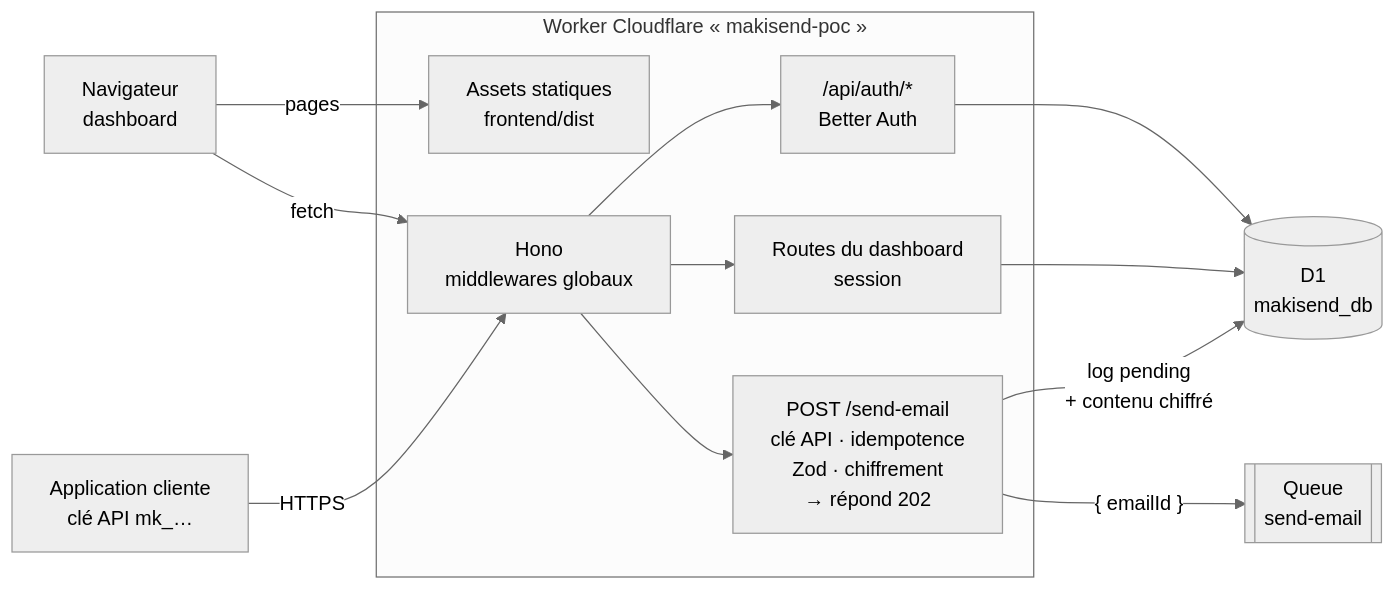
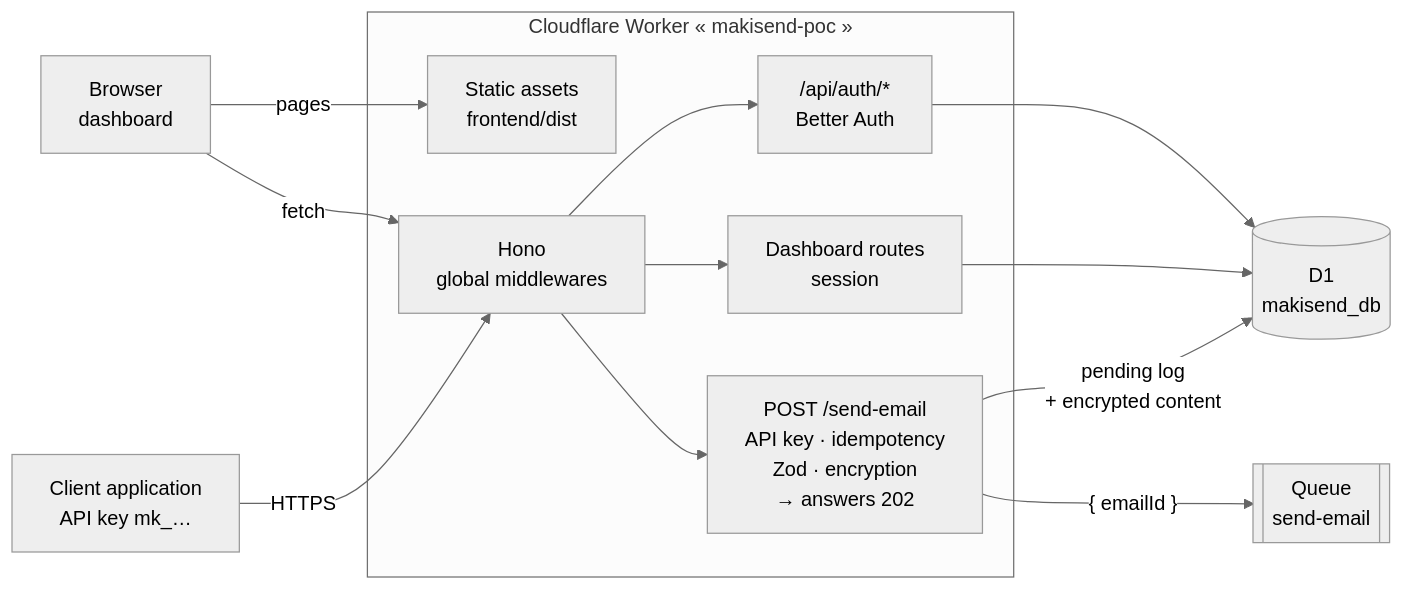
Before and after one commit to lixalistudio-oss/makisend: the first of 2 diagrams in README.md, drawn with Mermaid (neutral theme). The commit also changed other lines of this file and 15 other files, not shown here.

````diff
--- a/README.md
+++ b/README.md
@@ -21,24 +21,24 @@
 ```mermaid
 flowchart LR
-    browser["Navigateur<br/>dashboard"]
-    client["Application cliente<br/>clé API mk_…"]
+    browser["Browser<br/>dashboard"]
+    client["Client application<br/>API key mk_…"]
 
-    subgraph worker["Worker Cloudflare « makisend-poc »"]
-        assets["Assets statiques<br/>frontend/dist"]
-        mw["Hono<br/>middlewares globaux"]
+    subgraph worker["Cloudflare Worker « makisend-poc »"]
+        assets["Static assets<br/>frontend/dist"]
+        mw["Hono<br/>global middlewares"]
         auth["/api/auth/*<br/>Better Auth"]
-        dash["Routes du dashboard<br/>session"]
-        send["POST /send-email<br/>clé API · idempotence<br/>Zod · chiffrement<br/>→ répond 202"]
+        dash["Dashboard routes<br/>session"]
+        send["POST /send-email<br/>API key · idempotency<br/>Zod · encryption<br/>→ answers 202"]
     end
 
     d1[("D1<br/>makisend_db")]
     q[["Queue<br/>send-email"]]
 
     browser -- "pages" --> assets
     browser -- "fetch" --> mw
     client -- "HTTPS" --> mw
     mw --> auth & dash & send
     auth & dash --> d1
-    send -- "log pending<br/>+ contenu chiffré" --> d1
+    send -- "pending log<br/>+ encrypted content" --> d1
     send -- "{ emailId }" --> q
 ```
````
